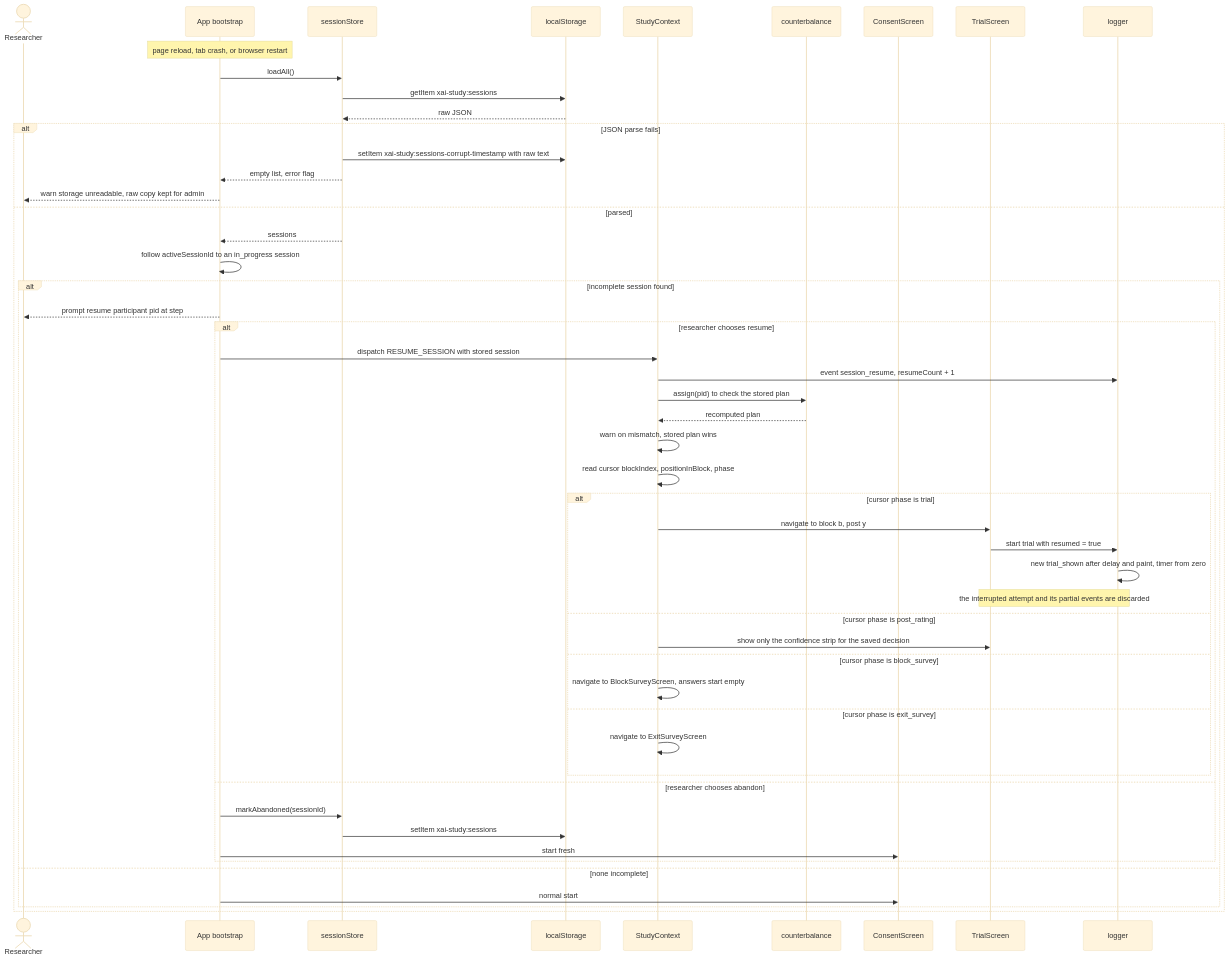
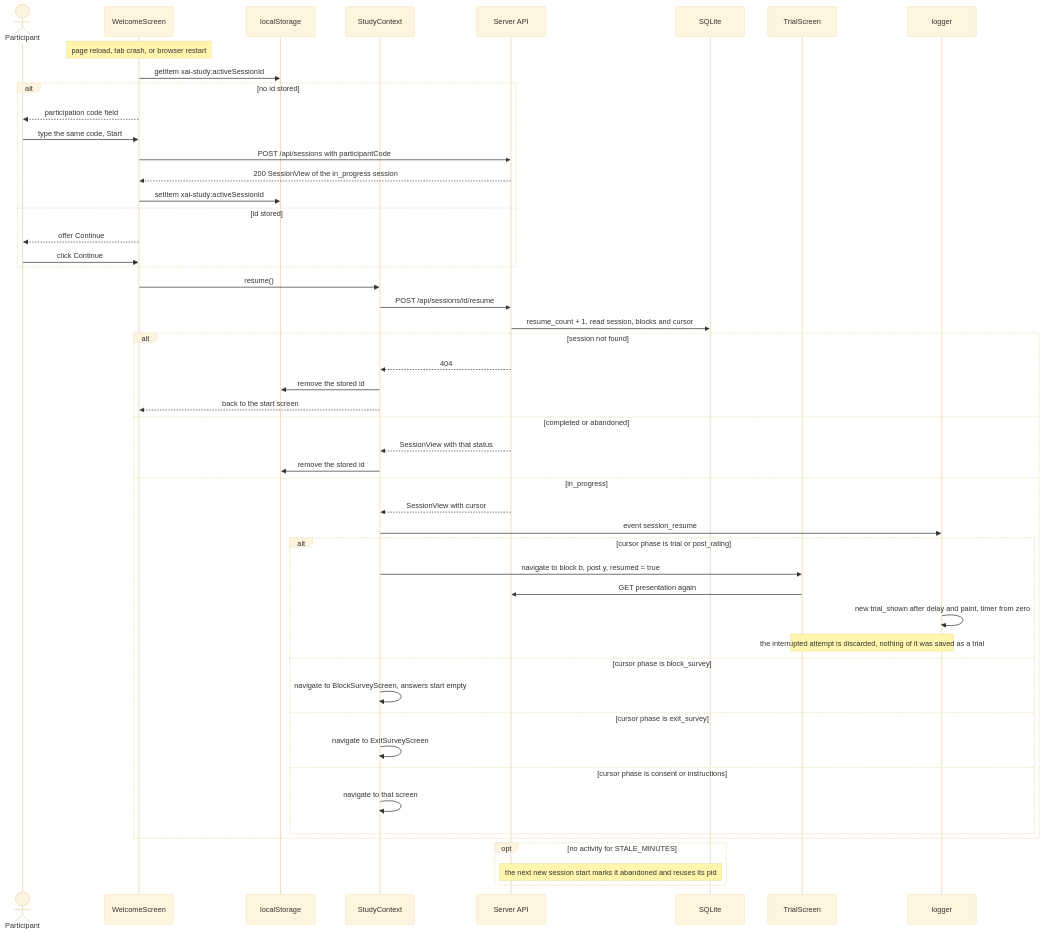
Before and after one commit to bibekgupta3333/HCI: the tenth of 12 diagrams in docs/sequence-diagrams.md, drawn with Mermaid (base theme). The commit also changed other lines of this file and 87 other files, not shown here.

````diff
--- a/docs/sequence-diagrams.md
+++ b/docs/sequence-diagrams.md
@@ -492,54 +536,53 @@
 ```mermaid
 sequenceDiagram
-    actor Researcher
-    participant App as App bootstrap
-    participant SS as sessionStore
+    actor P as Participant
+    participant App as WelcomeScreen
     participant LS as localStorage
     participant SC as StudyContext
-    participant CB as counterbalance
-    participant Consent as ConsentScreen
+    participant API as Server API
+    participant DB as SQLite
     participant Trial as TrialScreen
     participant Log as logger
 
     Note over App: page reload, tab crash, or browser restart
-    App->>SS: loadAll()
-    SS->>LS: getItem xai-study:sessions
-    LS-->>SS: raw JSON
-    alt JSON parse fails
-        SS->>LS: setItem xai-study:sessions-corrupt-timestamp with raw text
-        SS-->>App: empty list, error flag
-        App-->>Researcher: warn storage unreadable, raw copy kept for admin
-    else parsed
-        SS-->>App: sessions
-        App->>App: follow activeSessionId to an in_progress session
-        alt incomplete session found
-            App-->>Researcher: prompt resume participant pid at step
-            alt researcher chooses resume
-                App->>SC: dispatch RESUME_SESSION with stored session
-                SC->>Log: event session_resume, resumeCount + 1
-                SC->>CB: assign(pid) to check the stored plan
-                CB-->>SC: recomputed plan
-                SC->>SC: warn on mismatch, stored plan wins
-                SC->>SC: read cursor blockIndex, positionInBlock, phase
-                alt cursor phase is trial
-                    SC->>Trial: navigate to block b, post y
-                    Trial->>Log: start trial with resumed = true
-                    Log->>Log: new trial_shown after delay and paint, timer from zero
-                    Note over Trial,Log: the interrupted attempt and its partial events are discarded
-                else cursor phase is post_rating
-                    SC->>Trial: show only the confidence strip for the saved decision
-                else cursor phase is block_survey
-                    SC->>SC: navigate to BlockSurveyScreen, answers start empty
-                else cursor phase is exit_survey
-                    SC->>SC: navigate to ExitSurveyScreen
-                end
-            else researcher chooses abandon
-                App->>SS: markAbandoned(sessionId)
-                SS->>LS: setItem xai-study:sessions
-                App->>Consent: start fresh
-            end
-        else none incomplete
-            App->>Consent: normal start
+    App->>LS: getItem xai-study:activeSessionId
+    alt no id stored
+        App-->>P: participation code field
+        P->>App: type the same code, Start
+        App->>API: POST /api/sessions with participantCode
+        API-->>App: 200 SessionView of the in_progress session
+        App->>LS: setItem xai-study:activeSessionId
+    else id stored
+        App-->>P: offer Continue
+        P->>App: click Continue
+    end
+    App->>SC: resume()
+    SC->>API: POST /api/sessions/id/resume
+    API->>DB: resume_count + 1, read session, blocks and cursor
+    alt session not found
+        API-->>SC: 404
+        SC->>LS: remove the stored id
+        SC-->>App: back to the start screen
+    else completed or abandoned
+        API-->>SC: SessionView with that status
+        SC->>LS: remove the stored id
+    else in_progress
+        API-->>SC: SessionView with cursor
+        SC->>Log: event session_resume
+        alt cursor phase is trial or post_rating
+            SC->>Trial: navigate to block b, post y, resumed = true
+            Trial->>API: GET presentation again
+            Log->>Log: new trial_shown after delay and paint, timer from zero
+            Note over Trial,Log: the interrupted attempt is discarded, nothing of it was saved as a trial
+        else cursor phase is block_survey
+            SC->>SC: navigate to BlockSurveyScreen, answers start empty
+        else cursor phase is exit_survey
+            SC->>SC: navigate to ExitSurveyScreen
+        else cursor phase is consent or instructions
+            SC->>SC: navigate to that screen
         end
     end
+    opt no activity for STALE_MINUTES
+        Note over API,DB: the next new session start marks it abandoned and reuses its pid
+    end
 ```
````
